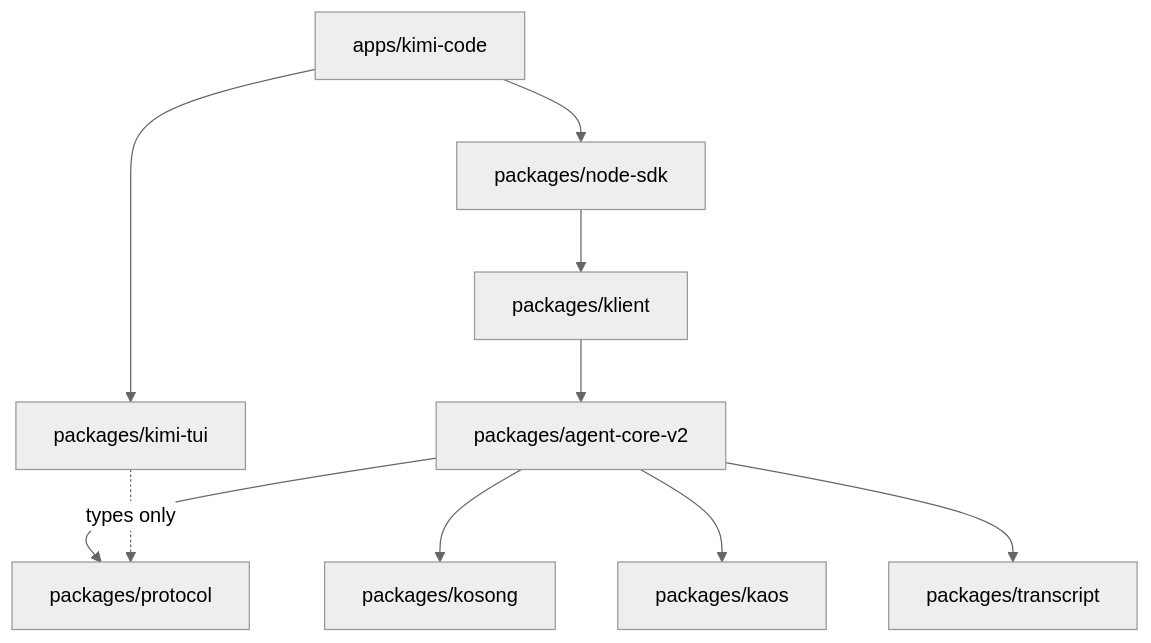
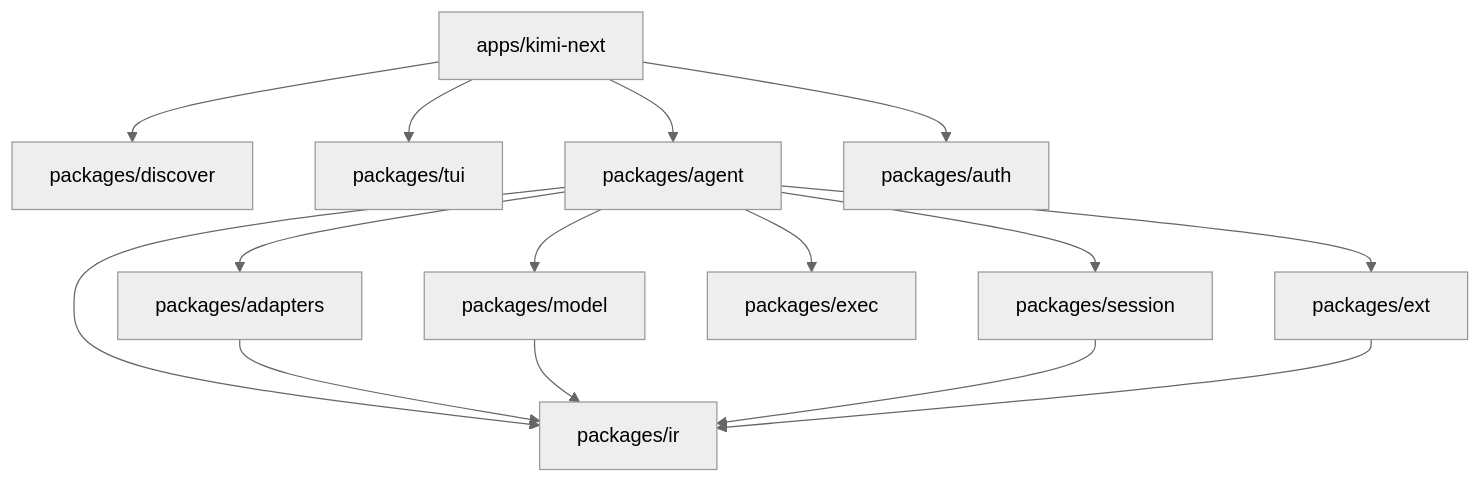
Before and after one commit to xsyetopz/kimi-code: the diagram in ARCHITECTURE.md, drawn with Mermaid (neutral theme). The commit also changed other lines of this file and 12 other files, not shown here.

First line of the commit message:
chore: retarget monorepo root for kimi-next

````diff
--- a/ARCHITECTURE.md
+++ b/ARCHITECTURE.md
@@ -101,12 +51,17 @@
 ```mermaid
 flowchart TB
-  CODE[apps/kimi-code] --> KIT[packages/kimi-tui]
-  CODE --> SDK[packages/node-sdk]
-  SDK --> KL[packages/klient]
-  KL --> CORE[packages/agent-core-v2]
-  CORE --> KO[packages/kosong]
-  CORE --> KA[packages/kaos]
-  CORE --> PROTO[packages/protocol]
-  CORE --> TR[packages/transcript]
-  KIT -.->|types only| PROTO
+  app[apps/kimi-next] --> discover[packages/discover]
+  app --> tui[packages/tui]
+  app --> agent[packages/agent]
+  app --> auth[packages/auth]
+  agent --> session[packages/session]
+  agent --> ir[packages/ir]
+  agent --> model[packages/model]
+  agent --> adapters[packages/adapters]
+  agent --> exec[packages/exec]
+  agent --> ext[packages/ext]
+  adapters --> ir
+  model --> ir
+  session --> ir
+  ext --> ir
 ```
````
